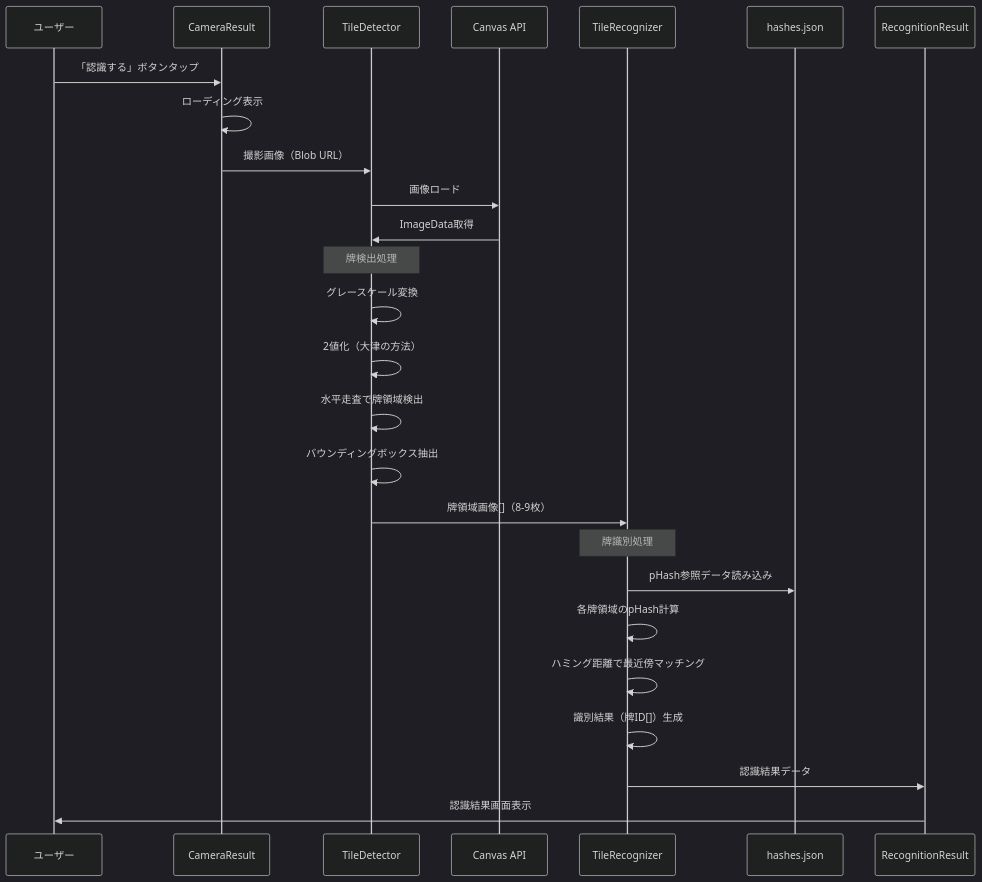
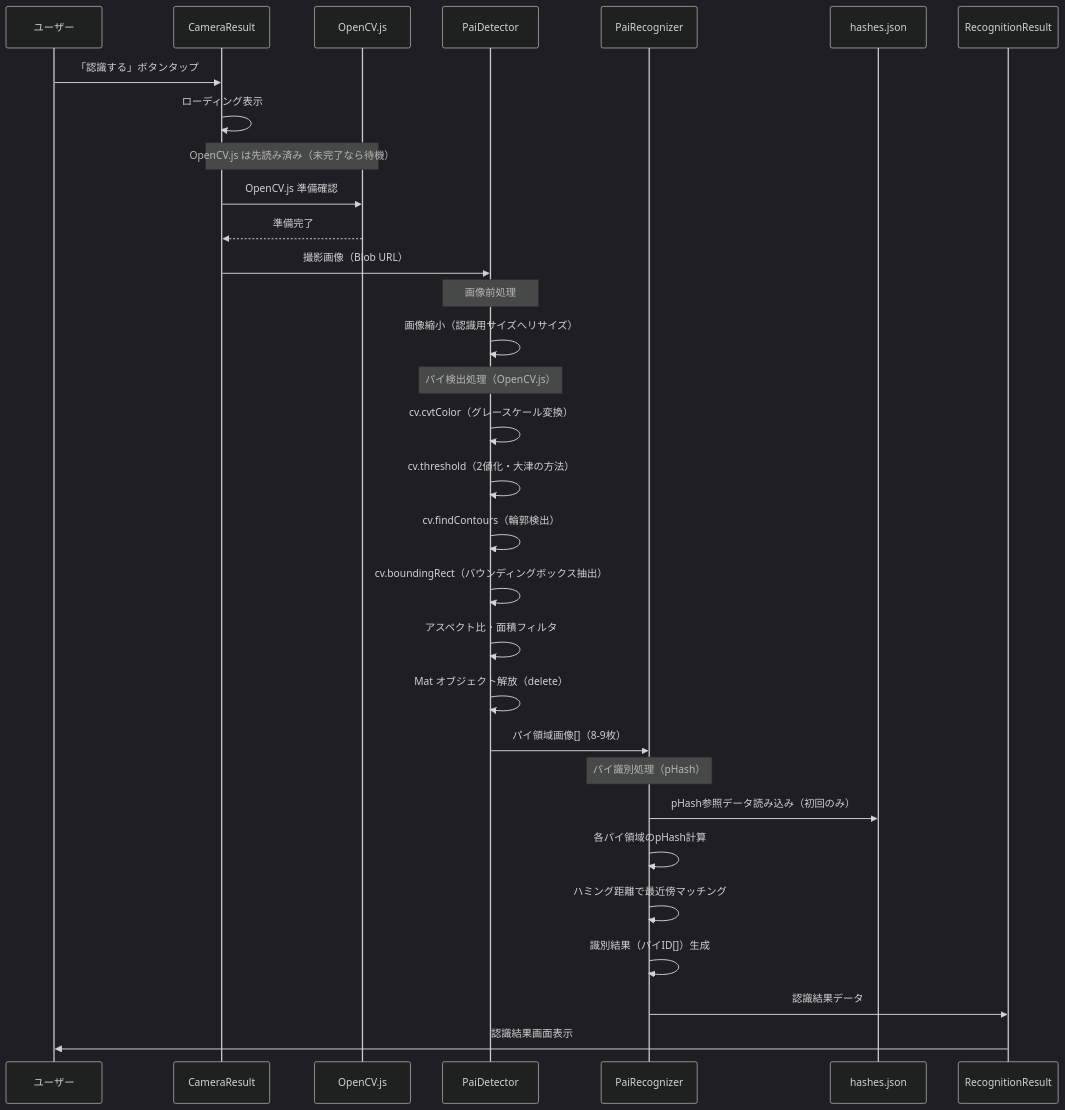
The third of 9 diagrams in docs/design/pie-recognition/dataflow.md (shokkunrf/nanjara), drawn with Mermaid (dark theme) before and after one commit. The commit also changed other lines of this file and 3 other files, not shown here.

````diff
--- a/docs/design/pie-recognition/dataflow.md
+++ b/docs/design/pie-recognition/dataflow.md
@@ -69,33 +72,41 @@
 ```mermaid
 sequenceDiagram
     participant U as ユーザー
     participant CR as CameraResult
-    participant TD as TileDetector
-    participant Canvas as Canvas API
-    participant TR as TileRecognizer
+    participant OCV as OpenCV.js
+    participant PD as PaiDetector
+    participant PR as PaiRecognizer
     participant Hash as hashes.json
     participant RR as RecognitionResult
 
     U->>CR: 「認識する」ボタンタップ
     CR->>CR: ローディング表示
-    CR->>TD: 撮影画像（Blob URL）
-    TD->>Canvas: 画像ロード
-    Canvas->>TD: ImageData取得
 
-    Note over TD: 牌検出処理
-    TD->>TD: グレースケール変換
-    TD->>TD: 2値化（大津の方法）
-    TD->>TD: 水平走査で牌領域検出
-    TD->>TD: バウンディングボックス抽出
+    Note over CR,OCV: OpenCV.js は先読み済み（未完了なら待機）
+    CR->>OCV: OpenCV.js 準備確認
+    OCV-->>CR: 準備完了
 
-    TD->>TR: 牌領域画像[]（8-9枚）
+    CR->>PD: 撮影画像（Blob URL）
 
-    Note over TR: 牌識別処理
-    TR->>Hash: pHash参照データ読み込み
-    TR->>TR: 各牌領域のpHash計算
-    TR->>TR: ハミング距離で最近傍マッチング
-    TR->>TR: 識別結果（牌ID[]）生成
+    Note over PD: 画像前処理
+    PD->>PD: 画像縮小（認識用サイズへリサイズ）
 
-    TR->>RR: 認識結果データ
+    Note over PD: パイ検出処理（OpenCV.js）
+    PD->>PD: cv.cvtColor（グレースケール変換）
+    PD->>PD: cv.threshold（2値化・大津の方法）
+    PD->>PD: cv.findContours（輪郭検出）
+    PD->>PD: cv.boundingRect（バウンディングボックス抽出）
+    PD->>PD: アスペクト比・面積フィルタ
+    PD->>PD: Mat オブジェクト解放（delete）
+
+    PD->>PR: パイ領域画像[]（8-9枚）
+
+    Note over PR: パイ識別処理（pHash）
+    PR->>Hash: pHash参照データ読み込み（初回のみ）
+    PR->>PR: 各パイ領域のpHash計算
+    PR->>PR: ハミング距離で最近傍マッチング
+    PR->>PR: 識別結果（パイID[]）生成
+
+    PR->>RR: 認識結果データ
     RR->>U: 認識結果画面表示
 ```
````
